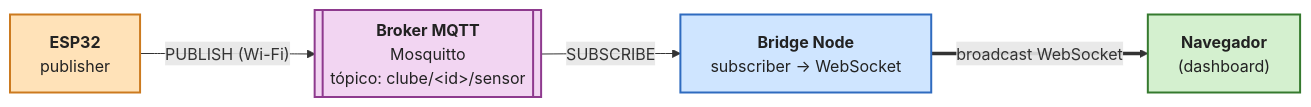
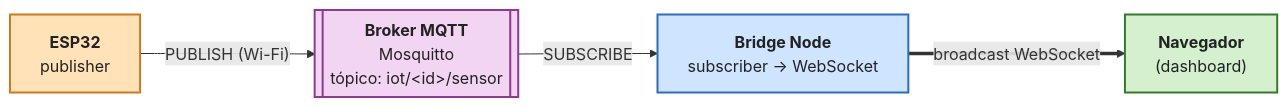
The diagram in docs/diagramas/mmd/C_arquitetura_mqtt.mmd (llucaslopes/PFC-1-), drawn with Mermaid before and after one commit. The commit also changed 28 other files, not shown here.

```diff
--- a/docs/diagramas/mmd/C_arquitetura_mqtt.mmd
+++ b/docs/diagramas/mmd/C_arquitetura_mqtt.mmd
@@ -1,16 +1,16 @@
 %% Diagrama C - Arquitetura MQTT / Pub-Sub (interno A4)
 %% O ESP32 publica em um tópico; quem quiser receber assina o tópico.
 flowchart LR
     classDef device  fill:#FFE2B8,stroke:#CC7A1F,stroke-width:2px,color:#222
     classDef broker  fill:#F2D5F2,stroke:#8E3A8E,stroke-width:2px,color:#222
     classDef bridge  fill:#CFE5FF,stroke:#2F6BBF,stroke-width:2px,color:#222
     classDef client  fill:#D4F0CF,stroke:#357A2E,stroke-width:2px,color:#222
 
     ESP["<b>ESP32</b><br/>publisher"]:::device
-    BR[["<b>Broker MQTT</b><br/>Mosquitto<br/>tópico: clube/&lt;id&gt;/sensor"]]:::broker
+    BR[["<b>Broker MQTT</b><br/>Mosquitto<br/>tópico: iot/&lt;id&gt;/sensor"]]:::broker
     BG["<b>Bridge Node</b><br/>subscriber → WebSocket"]:::bridge
     NA["<b>Navegador</b><br/>(dashboard)"]:::client
 
     ESP -- "PUBLISH (Wi-Fi)" --> BR
     BR -- "SUBSCRIBE" --> BG
     BG == "broadcast WebSocket" ==> NA
```
